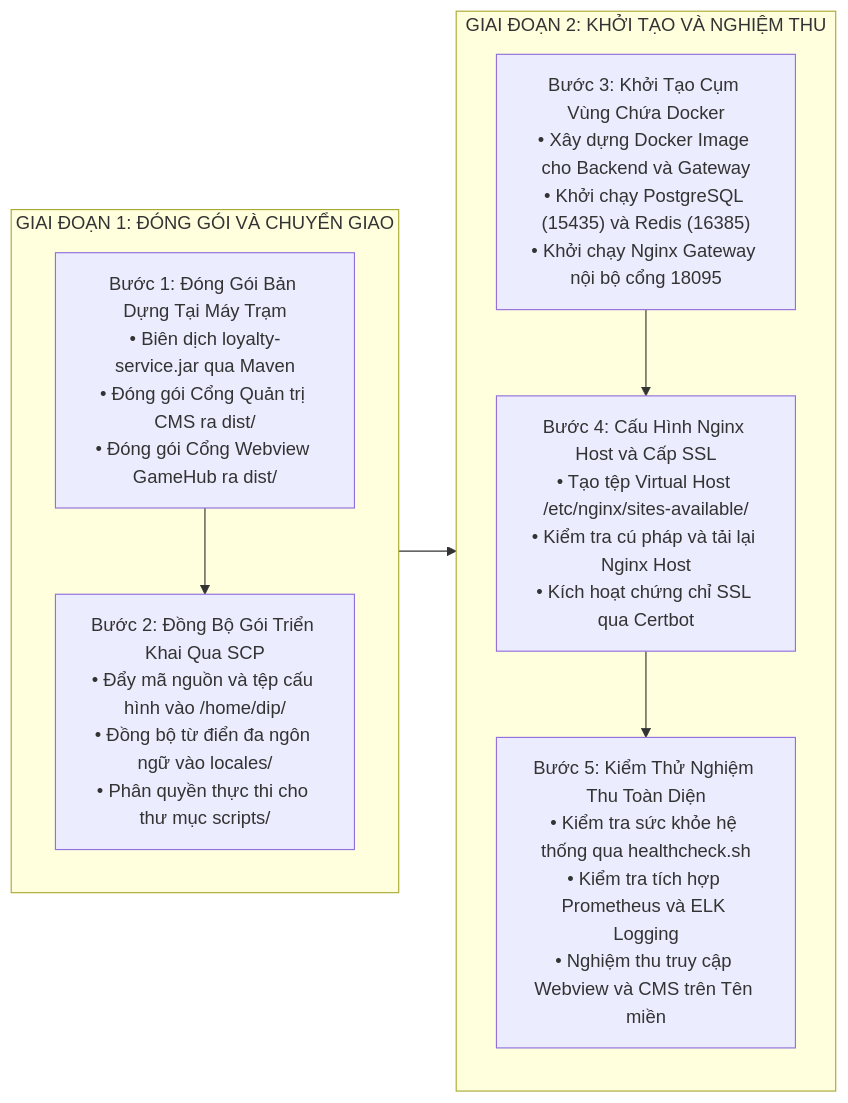
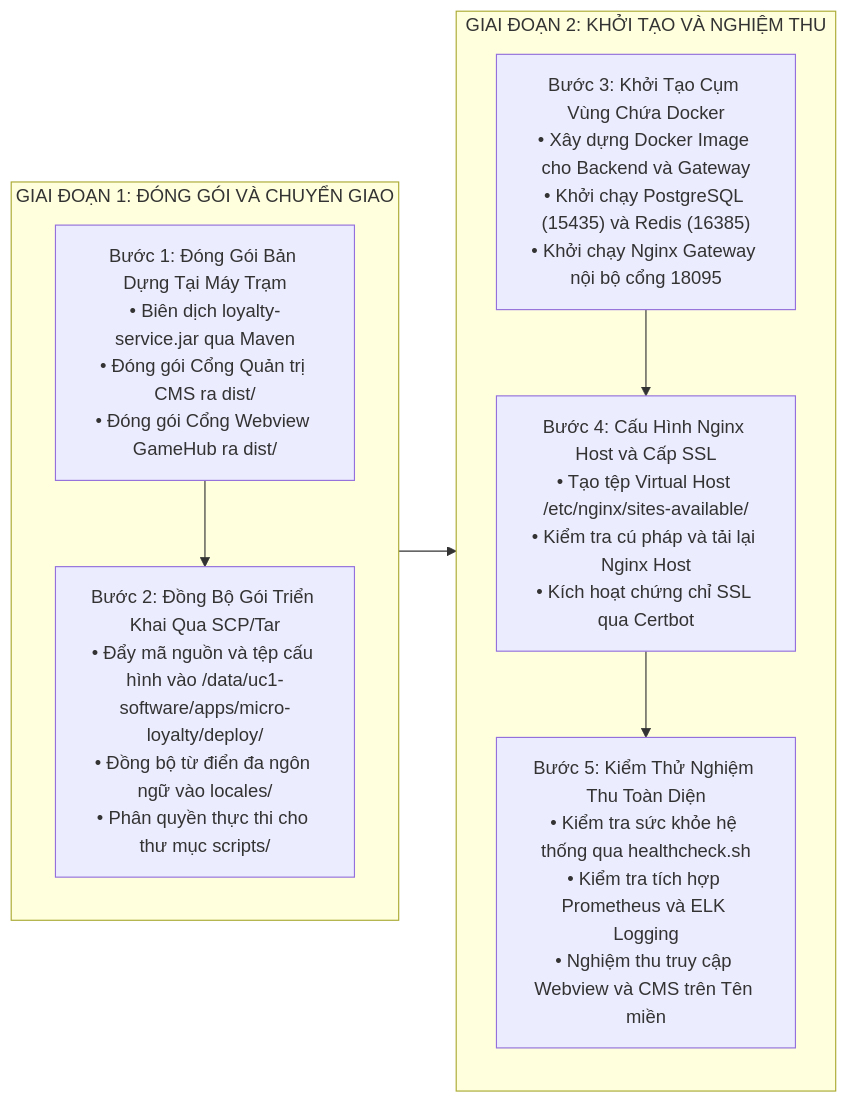
One commit to chapisoft/micro-loyalty changed the second of 2 diagrams in deploy/micro-loyalty/deploy-guild.md. Above: the diagram before and after it, drawn with Mermaid. The commit also changed other lines of this file and 18 other files, not shown here.

````diff
--- a/deploy/micro-loyalty/deploy-guild.md
+++ b/deploy/micro-loyalty/deploy-guild.md
@@ -484,20 +484,20 @@
 ```mermaid
 flowchart LR
     subgraph S_BUILD ["GIAI ĐOẠN 1: ĐÓNG GÓI VÀ CHUYỂN GIAO"]
         direction TB
         B1["Bước 1: Đóng Gói Bản Dựng Tại Máy Trạm<br/>• Biên dịch loyalty-service.jar qua Maven<br/>• Đóng gói Cổng Quản trị CMS ra dist/<br/>• Đóng gói Cổng Webview GameHub ra dist/"]
-        B2["Bước 2: Đồng Bộ Gói Triển Khai Qua SCP<br/>• Đẩy mã nguồn và tệp cấu hình vào /home/dip/<br/>• Đồng bộ từ điển đa ngôn ngữ vào locales/<br/>• Phân quyền thực thi cho thư mục scripts/"]
+        B2["Bước 2: Đồng Bộ Gói Triển Khai Qua SCP/Tar<br/>• Đẩy mã nguồn và tệp cấu hình vào /data/uc1-software/apps/micro-loyalty/deploy/<br/>• Đồng bộ từ điển đa ngôn ngữ vào locales/<br/>• Phân quyền thực thi cho thư mục scripts/"]
         B1 --> B2
     end
 
     subgraph S_RUN ["GIAI ĐOẠN 2: KHỞI TẠO VÀ NGHIỆM THU"]
         direction TB
         B3["Bước 3: Khởi Tạo Cụm Vùng Chứa Docker<br/>• Xây dựng Docker Image cho Backend và Gateway<br/>• Khởi chạy PostgreSQL (15435) và Redis (16385)<br/>• Khởi chạy Nginx Gateway nội bộ cổng 18095"]
         B4["Bước 4: Cấu Hình Nginx Host và Cấp SSL<br/>• Tạo tệp Virtual Host /etc/nginx/sites-available/<br/>• Kiểm tra cú pháp và tải lại Nginx Host<br/>• Kích hoạt chứng chỉ SSL qua Certbot"]
         B5["Bước 5: Kiểm Thử Nghiệm Thu Toàn Diện<br/>• Kiểm tra sức khỏe hệ thống qua healthcheck.sh<br/>• Kiểm tra tích hợp Prometheus và ELK Logging<br/>• Nghiệm thu truy cập Webview và CMS trên Tên miền"]
         B3 --> B4
         B4 --> B5
     end
 
     S_BUILD --> S_RUN
 ```
````
